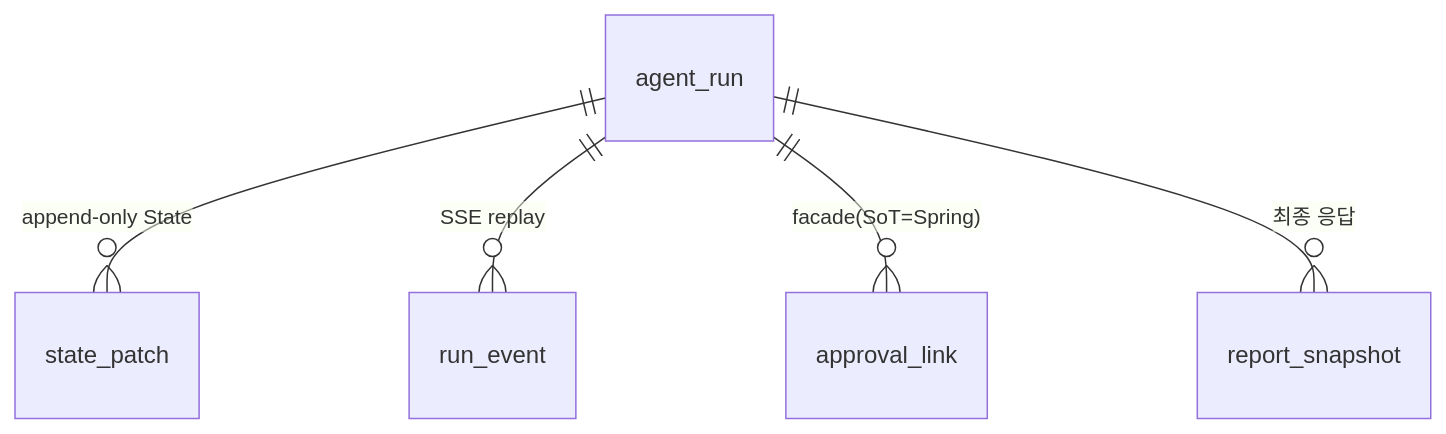
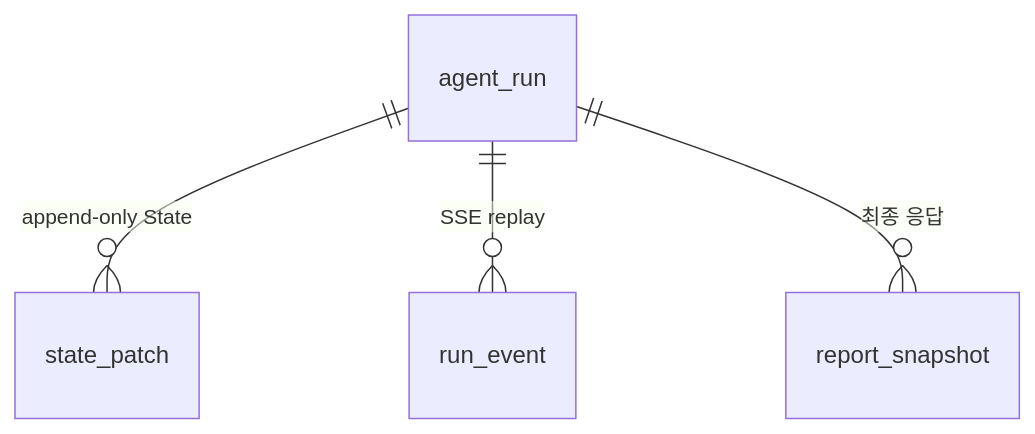
The third of 3 diagrams in docs/design/backend-fastapi/overview.md (cloud-team2/bifrost), drawn with Mermaid before and after one commit. The commit also changed other lines of this file and 25 other files, not shown here.

````diff
--- a/docs/design/backend-fastapi/overview.md
+++ b/docs/design/backend-fastapi/overview.md
@@ -62,7 +62,6 @@
 ```mermaid
 erDiagram
     agent_run ||--o{ state_patch     : "append-only State"
     agent_run ||--o{ run_event       : "SSE replay"
-    agent_run ||--o{ approval_link    : "facade(SoT=Spring)"
     agent_run ||--o{ report_snapshot  : "최종 응답"
 ```
````
